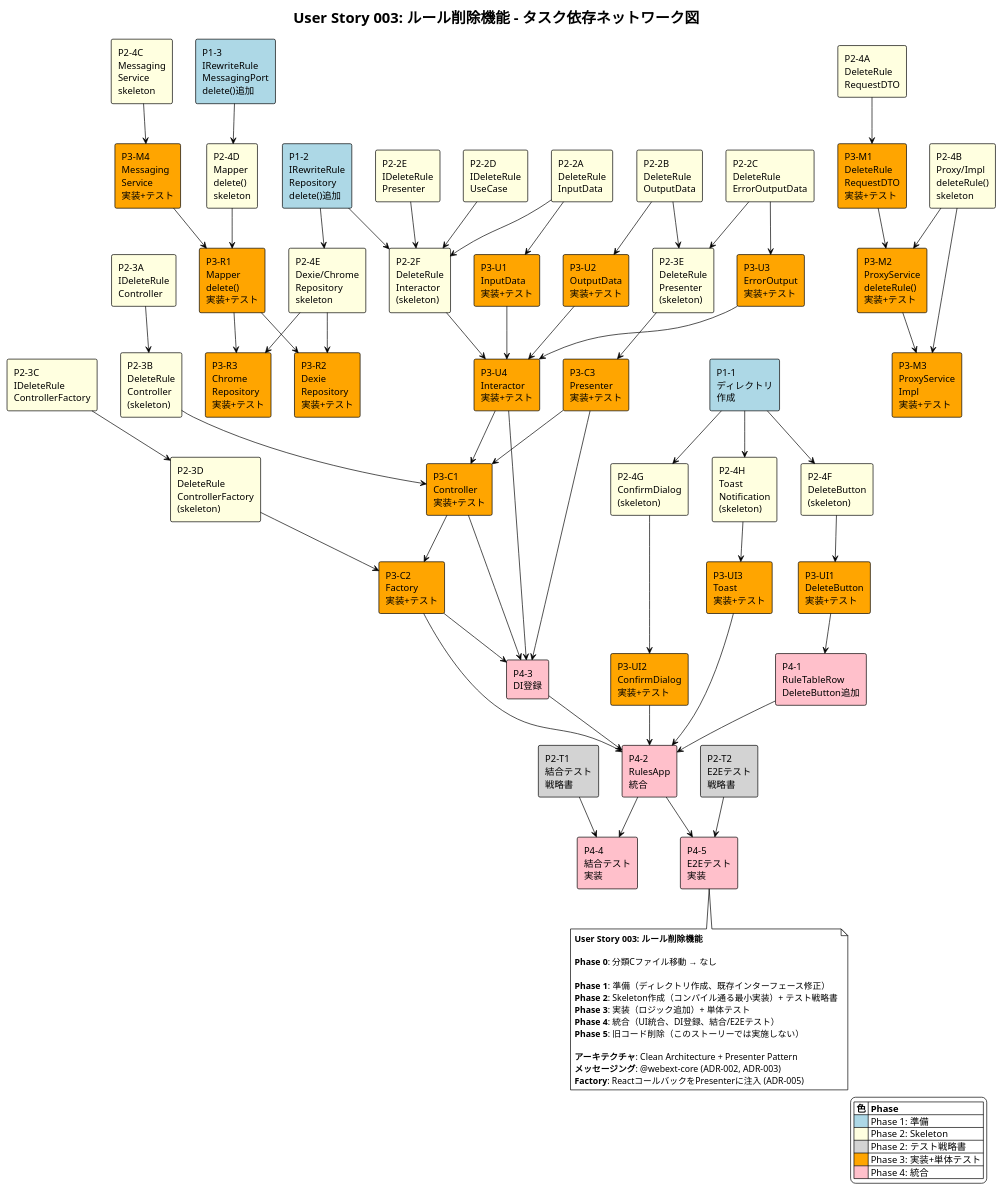
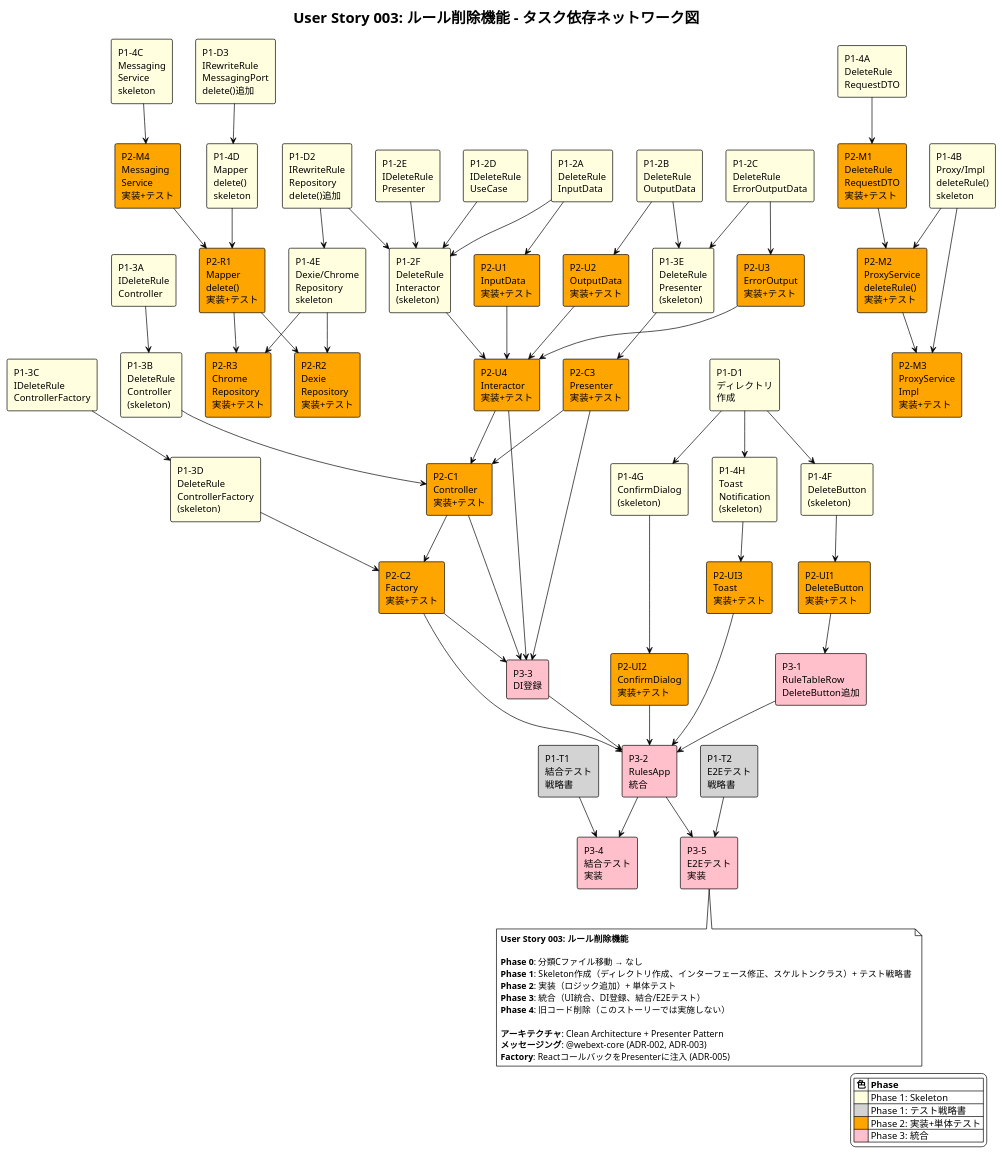
The diagram in docs/user-stories/user-story-003/network-diagram.puml (akAredminEogre/frog-frame-front), drawn with PlantUML before and after one commit. The commit also changed 2 other files, not shown here.

Commit message:
docs: consolidate Phase 1 and Phase 2 into single Phase 1
Merged preparation and skeleton creation phases for simpler structure:

New Phase structure:
- Phase 0: 分類Cファイル移動
- Phase 1: Skeleton作成（ディレクトリ作成、インターフェース修正、スケルトン）
- Phase 2: 実装
- Phase 3: 統合
- Phase 4: 旧コード削除

Updated:
- docs/docs-rules/user-stories.md: Phase table and all Phase references
- docs/user-stories/user-story-003/README.md: Phase sections and references
- network-diagram.puml: Phase numbering and legend

```diff
--- a/docs/user-stories/user-story-003/network-diagram.puml
+++ b/docs/user-stories/user-story-003/network-diagram.puml
@@ -1,166 +1,161 @@
 @startuml user-story-003-network-diagram
 !theme plain
 title User Story 003: ルール削除機能 - タスク依存ネットワーク図
 
-' Phase 1: 準備
-rectangle "P1-1\nディレクトリ\n作成" as dir #lightblue
-rectangle "P1-2\nIRewriteRule\nRepository\ndelete()追加" as repoInterface #lightblue
-rectangle "P1-3\nIRewriteRule\nMessagingPort\ndelete()追加" as msgPortInterface #lightblue
+' Phase 1: Skeleton（ディレクトリ作成・インターフェース修正・スケルトン作成）
+rectangle "P1-D1\nディレクトリ\n作成" as dir #lightyellow
+rectangle "P1-D2\nIRewriteRule\nRepository\ndelete()追加" as repoInterface #lightyellow
+rectangle "P1-D3\nIRewriteRule\nMessagingPort\ndelete()追加" as msgPortInterface #lightyellow
 
-' Phase 2: Skeleton - 第2層
-rectangle "P2-2A\nDeleteRule\nInputData" as inputData #lightyellow
-rectangle "P2-2B\nDeleteRule\nOutputData" as outputData #lightyellow
-rectangle "P2-2C\nDeleteRule\nErrorOutputData" as errorOutputData #lightyellow
-rectangle "P2-2D\nIDeleteRule\nUseCase" as useCaseInterface #lightyellow
-rectangle "P2-2E\nIDeleteRule\nPresenter" as presenterInterface #lightyellow
-rectangle "P2-2F\nDeleteRule\nInteractor\n(skeleton)" as interactorSkel #lightyellow
+' Phase 1: Skeleton - 第2層
+rectangle "P1-2A\nDeleteRule\nInputData" as inputData #lightyellow
+rectangle "P1-2B\nDeleteRule\nOutputData" as outputData #lightyellow
+rectangle "P1-2C\nDeleteRule\nErrorOutputData" as errorOutputData #lightyellow
+rectangle "P1-2D\nIDeleteRule\nUseCase" as useCaseInterface #lightyellow
+rectangle "P1-2E\nIDeleteRule\nPresenter" as presenterInterface #lightyellow
+rectangle "P1-2F\nDeleteRule\nInteractor\n(skeleton)" as interactorSkel #lightyellow
 
-' Phase 2: Skeleton - 第3層
-rectangle "P2-3A\nIDeleteRule\nController" as controllerInterface #lightyellow
-rectangle "P2-3B\nDeleteRule\nController\n(skeleton)" as controllerSkel #lightyellow
-rectangle "P2-3C\nIDeleteRule\nControllerFactory" as factoryInterface #lightyellow
-rectangle "P2-3D\nDeleteRule\nControllerFactory\n(skeleton)" as factorySkel #lightyellow
-rectangle "P2-3E\nDeleteRule\nPresenter\n(skeleton)" as presenterSkel #lightyellow
+' Phase 1: Skeleton - 第3層
+rectangle "P1-3A\nIDeleteRule\nController" as controllerInterface #lightyellow
+rectangle "P1-3B\nDeleteRule\nController\n(skeleton)" as controllerSkel #lightyellow
+rectangle "P1-3C\nIDeleteRule\nControllerFactory" as factoryInterface #lightyellow
+rectangle "P1-3D\nDeleteRule\nControllerFactory\n(skeleton)" as factorySkel #lightyellow
+rectangle "P1-3E\nDeleteRule\nPresenter\n(skeleton)" as presenterSkel #lightyellow
 
-' Phase 2: Skeleton - 第4層
-rectangle "P2-4A\nDeleteRule\nRequestDTO" as requestDto #lightyellow
-rectangle "P2-4B\nProxy/Impl\ndeleteRule()\nskeleton" as proxySkel #lightyellow
-rectangle "P2-4C\nMessaging\nService\nskeleton" as msgSkel #lightyellow
-rectangle "P2-4D\nMapper\ndelete()\nskeleton" as mapperSkel #lightyellow
-rectangle "P2-4E\nDexie/Chrome\nRepository\nskeleton" as repoSkel #lightyellow
-rectangle "P2-4F\nDeleteButton\n(skeleton)" as deleteBtnSkel #lightyellow
-rectangle "P2-4G\nConfirmDialog\n(skeleton)" as confirmSkel #lightyellow
-rectangle "P2-4H\nToast\nNotification\n(skeleton)" as toastSkel #lightyellow
+' Phase 1: Skeleton - 第4層
+rectangle "P1-4A\nDeleteRule\nRequestDTO" as requestDto #lightyellow
+rectangle "P1-4B\nProxy/Impl\ndeleteRule()\nskeleton" as proxySkel #lightyellow
+rectangle "P1-4C\nMessaging\nService\nskeleton" as msgSkel #lightyellow
+rectangle "P1-4D\nMapper\ndelete()\nskeleton" as mapperSkel #lightyellow
+rectangle "P1-4E\nDexie/Chrome\nRepository\nskeleton" as repoSkel #lightyellow
+rectangle "P1-4F\nDeleteButton\n(skeleton)" as deleteBtnSkel #lightyellow
+rectangle "P1-4G\nConfirmDialog\n(skeleton)" as confirmSkel #lightyellow
+rectangle "P1-4H\nToast\nNotification\n(skeleton)" as toastSkel #lightyellow
 
-' Phase 2: テスト戦略書
-rectangle "P2-T1\n結合テスト\n戦略書" as integrationStrategy #lightgray
-rectangle "P2-T2\nE2Eテスト\n戦略書" as e2eStrategy #lightgray
+' Phase 1: テスト戦略書
+rectangle "P1-T1\n結合テスト\n戦略書" as integrationStrategy #lightgray
+rectangle "P1-T2\nE2Eテスト\n戦略書" as e2eStrategy #lightgray
 
-' Phase 3: 実装 - メッセージング
-rectangle "P3-M1\nDeleteRule\nRequestDTO\n実装+テスト" as requestDtoImpl #orange
-rectangle "P3-M2\nProxyService\ndeleteRule()\n実装+テスト" as proxyImpl #orange
-rectangle "P3-M3\nProxyService\nImpl\n実装+テスト" as proxyImplImpl #orange
-rectangle "P3-M4\nMessaging\nService\n実装+テスト" as msgImpl #orange
+' Phase 2: 実装 - メッセージング
+rectangle "P2-M1\nDeleteRule\nRequestDTO\n実装+テスト" as requestDtoImpl #orange
+rectangle "P2-M2\nProxyService\ndeleteRule()\n実装+テスト" as proxyImpl #orange
+rectangle "P2-M3\nProxyService\nImpl\n実装+テスト" as proxyImplImpl #orange
+rectangle "P2-M4\nMessaging\nService\n実装+テスト" as msgImpl #orange
 
-' Phase 3: 実装 - Mapper/Repository
-rectangle "P3-R1\nMapper\ndelete()\n実装+テスト" as mapperImpl #orange
-rectangle "P3-R2\nDexie\nRepository\n実装+テスト" as dexieImpl #orange
-rectangle "P3-R3\nChrome\nRepository\n実装+テスト" as chromeImpl #orange
+' Phase 2: 実装 - Mapper/Repository
+rectangle "P2-R1\nMapper\ndelete()\n実装+テスト" as mapperImpl #orange
+rectangle "P2-R2\nDexie\nRepository\n実装+テスト" as dexieImpl #orange
+rectangle "P2-R3\nChrome\nRepository\n実装+テスト" as chromeImpl #orange
 
-' Phase 3: 実装 - UseCase
-rectangle "P3-U1\nInputData\n実装+テスト" as inputImpl #orange
-rectangle "P3-U2\nOutputData\n実装+テスト" as outputImpl #orange
-rectangle "P3-U3\nErrorOutput\n実装+テスト" as errorImpl #orange
-rectangle "P3-U4\nInteractor\n実装+テスト" as interactorImpl #orange
+' Phase 2: 実装 - UseCase
+rectangle "P2-U1\nInputData\n実装+テスト" as inputImpl #orange
+rectangle "P2-U2\nOutputData\n実装+テスト" as outputImpl #orange
+rectangle "P2-U3\nErrorOutput\n実装+テスト" as errorImpl #orange
+rectangle "P2-U4\nInteractor\n実装+テスト" as interactorImpl #orange
 
-' Phase 3: 実装 - Controller/Presenter
-rectangle "P3-C1\nController\n実装+テスト" as controllerImpl #orange
-rectangle "P3-C2\nFactory\n実装+テスト" as factoryImpl #orange
-rectangle "P3-C3\nPresenter\n実装+テスト" as presenterImpl #orange
+' Phase 2: 実装 - Controller/Presenter
+rectangle "P2-C1\nController\n実装+テスト" as controllerImpl #orange
+rectangle "P2-C2\nFactory\n実装+テスト" as factoryImpl #orange
+rectangle "P2-C3\nPresenter\n実装+テスト" as presenterImpl #orange
 
-' Phase 3: 実装 - UI
-rectangle "P3-UI1\nDeleteButton\n実装+テスト" as deleteBtnImpl #orange
-rectangle "P3-UI2\nConfirmDialog\n実装+テスト" as confirmImpl #orange
-rectangle "P3-UI3\nToast\n実装+テスト" as toastImpl #orange
+' Phase 2: 実装 - UI
+rectangle "P2-UI1\nDeleteButton\n実装+テスト" as deleteBtnImpl #orange
+rectangle "P2-UI2\nConfirmDialog\n実装+テスト" as confirmImpl #orange
+rectangle "P2-UI3\nToast\n実装+テスト" as toastImpl #orange
 
-' Phase 4: 統合
-rectangle "P4-1\nRuleTableRow\nDeleteButton追加" as tableRowInteg #pink
-rectangle "P4-2\nRulesApp\n統合" as rulesAppInteg #pink
-rectangle "P4-3\nDI登録" as diReg #pink
-rectangle "P4-4\n結合テスト\n実装" as integrationTest #pink
-rectangle "P4-5\nE2Eテスト\n実装" as e2eTest #pink
+' Phase 3: 統合
+rectangle "P3-1\nRuleTableRow\nDeleteButton追加" as tableRowInteg #pink
+rectangle "P3-2\nRulesApp\n統合" as rulesAppInteg #pink
+rectangle "P3-3\nDI登録" as diReg #pink
+rectangle "P3-4\n結合テスト\n実装" as integrationTest #pink
+rectangle "P3-5\nE2Eテスト\n実装" as e2eTest #pink
 
-' 依存関係: Phase 1 → Phase 2
+' 依存関係: Phase 1 内部
 dir --> deleteBtnSkel
 dir --> confirmSkel
 dir --> toastSkel
 repoInterface --> interactorSkel
 repoInterface --> repoSkel
 msgPortInterface --> mapperSkel
-
-' 依存関係: Phase 2 内部
 useCaseInterface --> interactorSkel
 presenterInterface --> interactorSkel
 inputData --> interactorSkel
 outputData --> presenterSkel
 errorOutputData --> presenterSkel
 controllerInterface --> controllerSkel
 factoryInterface --> factorySkel
 
-' 依存関係: Phase 2 → Phase 3
+' 依存関係: Phase 1 → Phase 2
 interactorSkel --> interactorImpl
 controllerSkel --> controllerImpl
 factorySkel --> factoryImpl
 presenterSkel --> presenterImpl
 requestDto --> requestDtoImpl
 proxySkel --> proxyImpl
 proxySkel --> proxyImplImpl
 msgSkel --> msgImpl
 mapperSkel --> mapperImpl
 repoSkel --> dexieImpl
 repoSkel --> chromeImpl
 deleteBtnSkel --> deleteBtnImpl
 confirmSkel --> confirmImpl
 toastSkel --> toastImpl
 inputData --> inputImpl
 outputData --> outputImpl
 errorOutputData --> errorImpl
 
-' 依存関係: Phase 3 内部
+' 依存関係: Phase 2 内部
 requestDtoImpl --> proxyImpl
 proxyImpl --> proxyImplImpl
 msgImpl --> mapperImpl
 mapperImpl --> dexieImpl
 mapperImpl --> chromeImpl
 inputImpl --> interactorImpl
 outputImpl --> interactorImpl
 errorImpl --> interactorImpl
 interactorImpl --> controllerImpl
 presenterImpl --> controllerImpl
 controllerImpl --> factoryImpl
 
-' 依存関係: Phase 3 → Phase 4
+' 依存関係: Phase 2 → Phase 3
 deleteBtnImpl --> tableRowInteg
 tableRowInteg --> rulesAppInteg
 confirmImpl --> rulesAppInteg
 toastImpl --> rulesAppInteg
 factoryImpl --> rulesAppInteg
 controllerImpl --> diReg
 presenterImpl --> diReg
 factoryImpl --> diReg
 interactorImpl --> diReg
 diReg --> rulesAppInteg
 
 ' 依存関係: テスト
 integrationStrategy --> integrationTest
 e2eStrategy --> e2eTest
 rulesAppInteg --> integrationTest
 rulesAppInteg --> e2eTest
 
 ' 凡例
 legend right
   |= 色 |= Phase |
-  | <#lightblue> | Phase 1: 準備 |
-  | <#lightyellow> | Phase 2: Skeleton |
-  | <#lightgray> | Phase 2: テスト戦略書 |
-  | <#orange> | Phase 3: 実装+単体テスト |
-  | <#pink> | Phase 4: 統合 |
+  | <#lightyellow> | Phase 1: Skeleton |
+  | <#lightgray> | Phase 1: テスト戦略書 |
+  | <#orange> | Phase 2: 実装+単体テスト |
+  | <#pink> | Phase 3: 統合 |
 endlegend
 
 note bottom
 **User Story 003: ルール削除機能**
 
 **Phase 0**: 分類Cファイル移動 → なし
-
-**Phase 1**: 準備（ディレクトリ作成、既存インターフェース修正）
-**Phase 2**: Skeleton作成（コンパイル通る最小実装）+ テスト戦略書
-**Phase 3**: 実装（ロジック追加）+ 単体テスト
-**Phase 4**: 統合（UI統合、DI登録、結合/E2Eテスト）
-**Phase 5**: 旧コード削除（このストーリーでは実施しない）
+**Phase 1**: Skeleton作成（ディレクトリ作成、インターフェース修正、スケルトンクラス）+ テスト戦略書
+**Phase 2**: 実装（ロジック追加）+ 単体テスト
+**Phase 3**: 統合（UI統合、DI登録、結合/E2Eテスト）
+**Phase 4**: 旧コード削除（このストーリーでは実施しない）
 
 **アーキテクチャ**: Clean Architecture + Presenter Pattern
 **メッセージング**: @webext-core (ADR-002, ADR-003)
 **Factory**: ReactコールバックをPresenterに注入 (ADR-005)
 end note
 
 @enduml
```
